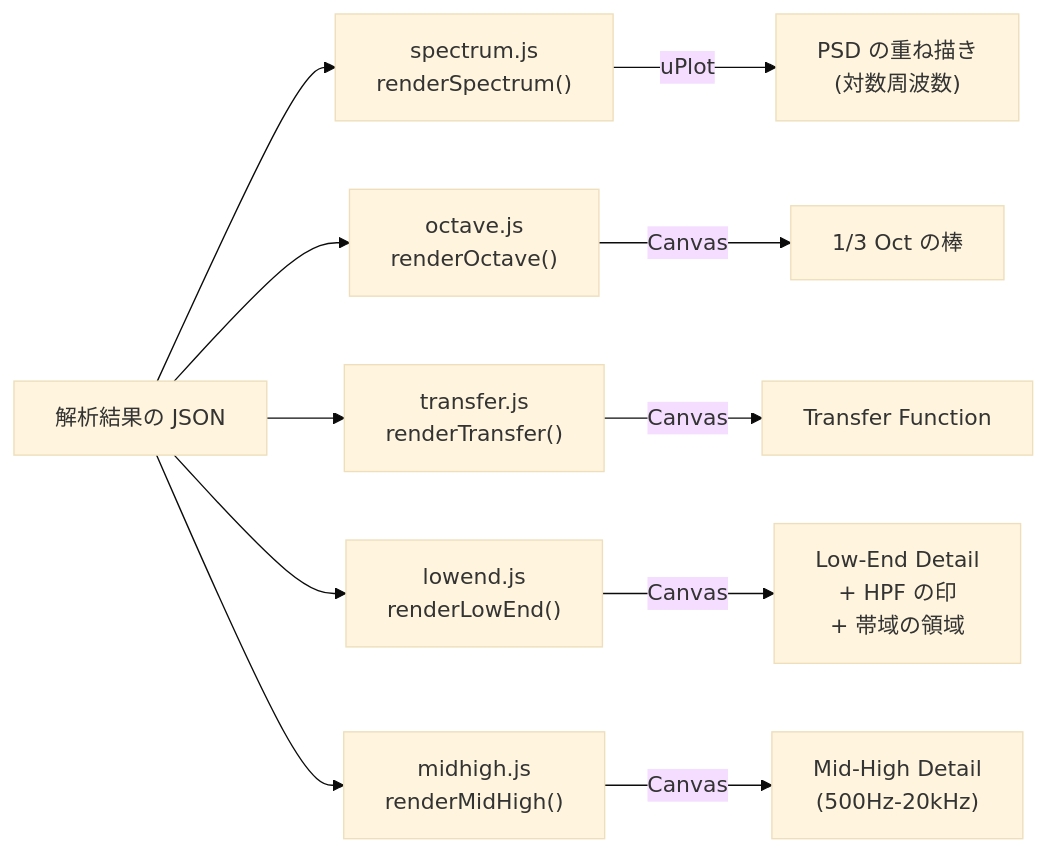
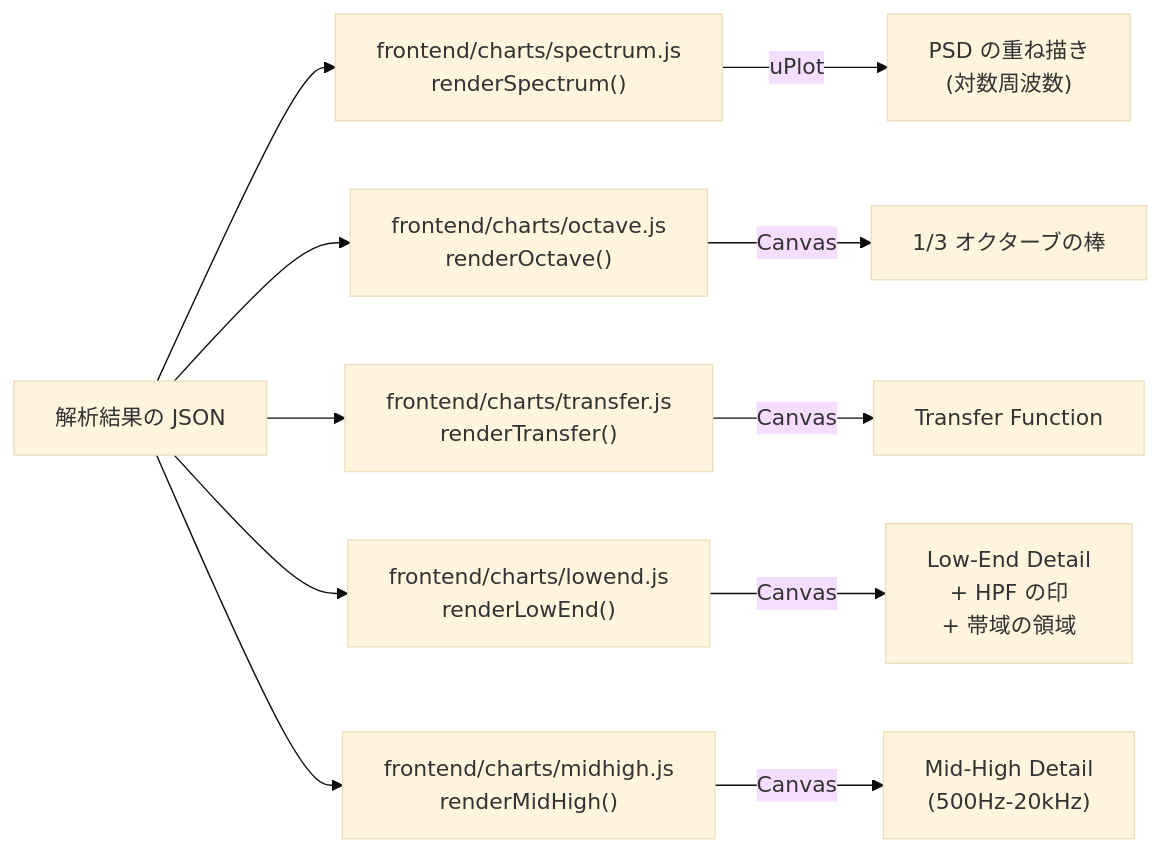
One commit to semnil/analyze-spectrum changed diagram 15 of 18 in docs/architecture.ja.md. Above: the diagram before and after it, drawn with Mermaid (base theme). The commit also changed other lines of this file and 7 other files, not shown here.

````diff
--- a/docs/architecture.ja.md
+++ b/docs/architecture.ja.md
@@ -426,15 +474,15 @@
 ```mermaid
 flowchart LR
     DATA["解析結果の JSON"]
-    DATA --> SP["spectrum.js<br>renderSpectrum()"]
-    DATA --> OC["octave.js<br>renderOctave()"]
-    DATA --> TF["transfer.js<br>renderTransfer()"]
-    DATA --> LE["lowend.js<br>renderLowEnd()"]
-    DATA --> MH["midhigh.js<br>renderMidHigh()"]
+    DATA --> SP["frontend/charts/spectrum.js<br>renderSpectrum()"]
+    DATA --> OC["frontend/charts/octave.js<br>renderOctave()"]
+    DATA --> TF["frontend/charts/transfer.js<br>renderTransfer()"]
+    DATA --> LE["frontend/charts/lowend.js<br>renderLowEnd()"]
+    DATA --> MH["frontend/charts/midhigh.js<br>renderMidHigh()"]
 
     SP -->|uPlot| C1["PSD の重ね描き<br>(対数周波数)"]
-    OC -->|Canvas| C2["1/3 Oct の棒"]
+    OC -->|Canvas| C2["1/3 オクターブの棒"]
     TF -->|Canvas| C3["Transfer Function"]
     LE -->|Canvas| C4["Low-End Detail<br>+ HPF の印<br>+ 帯域の領域"]
     MH -->|Canvas| C5["Mid-High Detail<br>(500Hz-20kHz)"]
 ```
````
